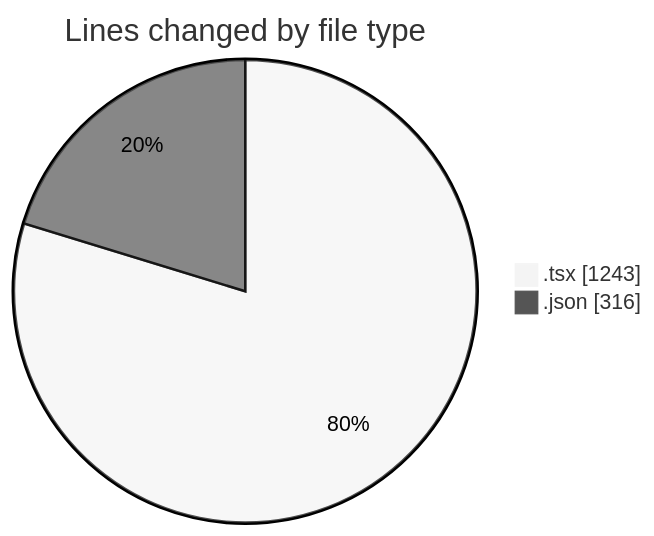
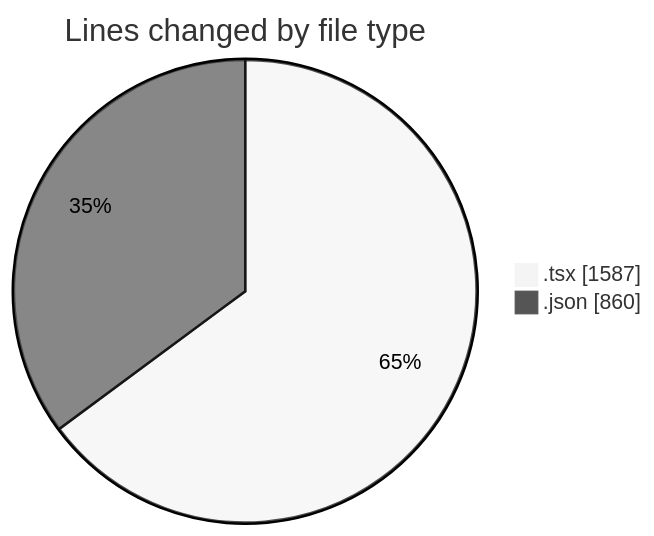
One commit to EIIisD/code-tracking changed the first of 2 diagrams in 2025-08-13/ribbon/README.md. Above: the diagram before and after it, drawn with Mermaid (neutral theme). The commit also changed other lines of this file and 1 other file, not shown here.

````diff
--- a/2025-08-13/ribbon/README.md
+++ b/2025-08-13/ribbon/README.md
@@ -26,6 +28,6 @@
 ```mermaid
 pie showData
 title Lines changed by file type
-".tsx" : 1243
-".json" : 316
+".tsx" : 1587
+".json" : 860
 ```
````
